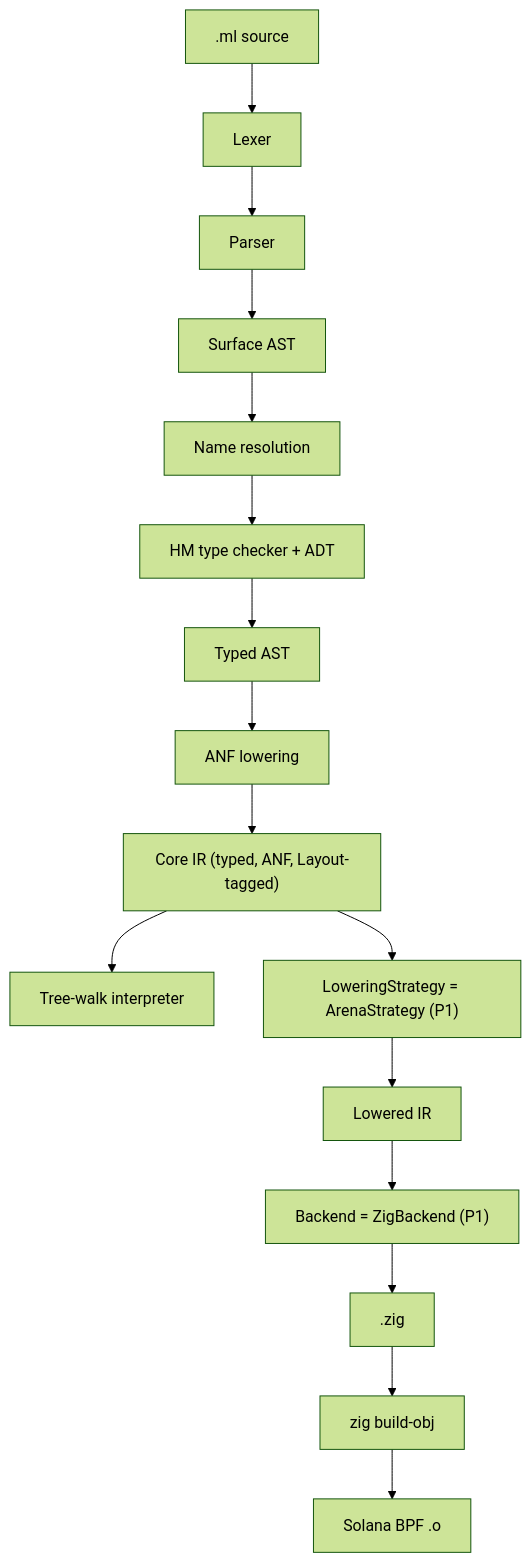
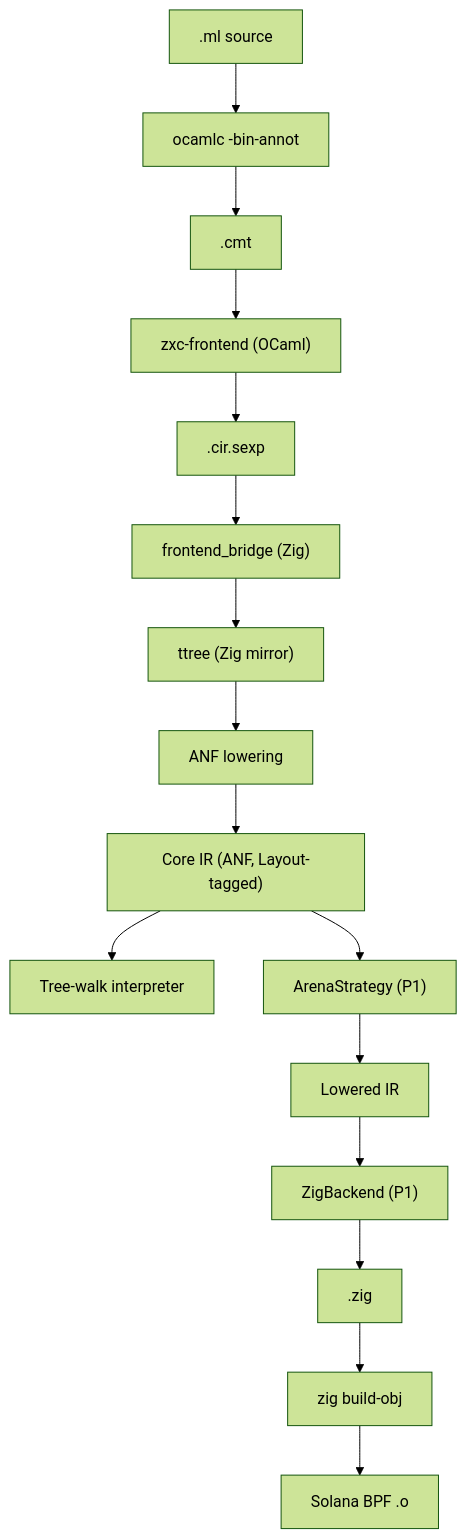
Before and after one commit to DaviRain-Su/zxcaml: the diagram in docs/01-architecture.md, drawn with Mermaid (forest theme). The commit also changed other lines of this file and 10 other files, not shown here.

````diff
--- a/docs/01-architecture.md
+++ b/docs/01-architecture.md
@@ -132,23 +147,23 @@
 ```mermaid
 flowchart TD
     SRC[".ml source"]
-    LEX["Lexer"]
-    PAR["Parser"]
-    SAST["Surface AST"]
-    NR["Name resolution"]
-    TYCK["HM type checker + ADT"]
-    TAST["Typed AST"]
+    OCAMLC["ocamlc -bin-annot"]
+    CMT[".cmt"]
+    XFE["zxc-frontend (OCaml)"]
+    SEXP[".cir.sexp"]
+    BRIDGE["frontend_bridge (Zig)"]
+    TT["ttree (Zig mirror)"]
     ANF["ANF lowering"]
-    CIR["Core IR (typed, ANF, Layout-tagged)"]
+    CIR["Core IR (ANF, Layout-tagged)"]
     INTERP["Tree-walk interpreter"]
-    LSTRAT["LoweringStrategy = ArenaStrategy (P1)"]
+    LSTRAT["ArenaStrategy (P1)"]
     LIR["Lowered IR"]
-    BE["Backend = ZigBackend (P1)"]
+    BE["ZigBackend (P1)"]
     ZSRC[".zig"]
     ZTOOL["zig build-obj"]
     BPF["Solana BPF .o"]
 
-    SRC --> LEX --> PAR --> SAST --> NR --> TYCK --> TAST --> ANF --> CIR
+    SRC --> OCAMLC --> CMT --> XFE --> SEXP --> BRIDGE --> TT --> ANF --> CIR
     CIR --> INTERP
     CIR --> LSTRAT --> LIR --> BE --> ZSRC --> ZTOOL --> BPF
 ```
````
